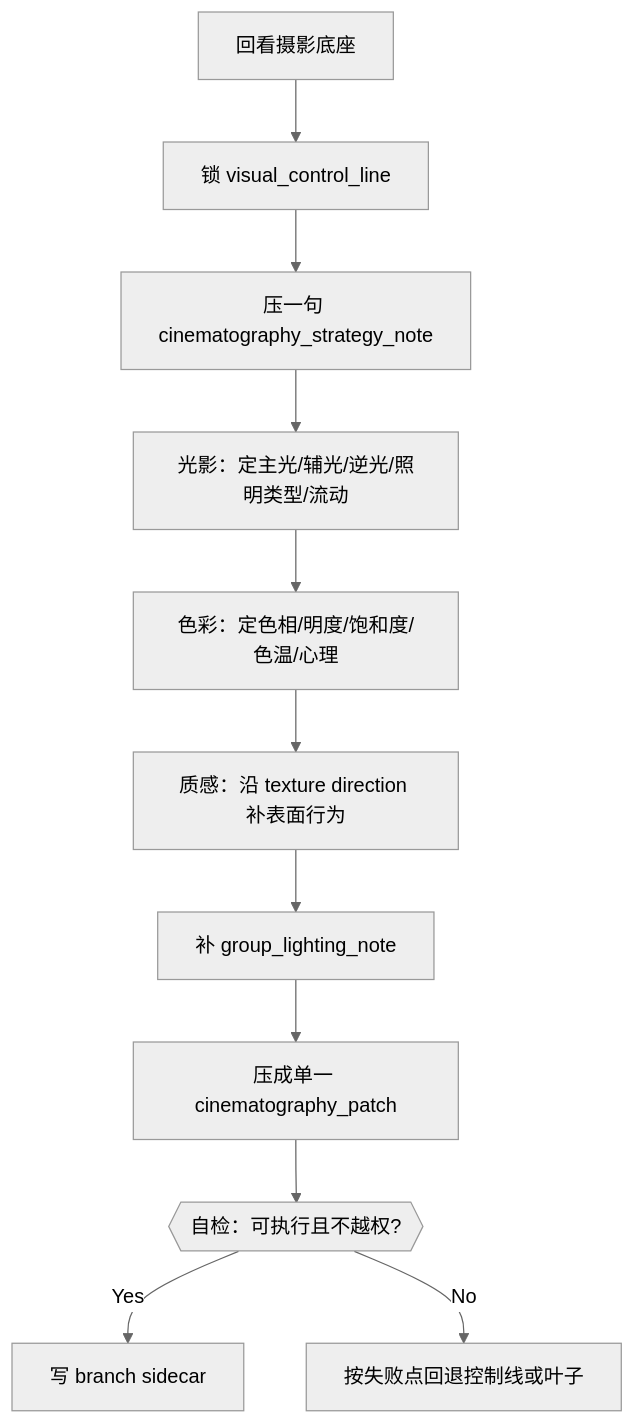
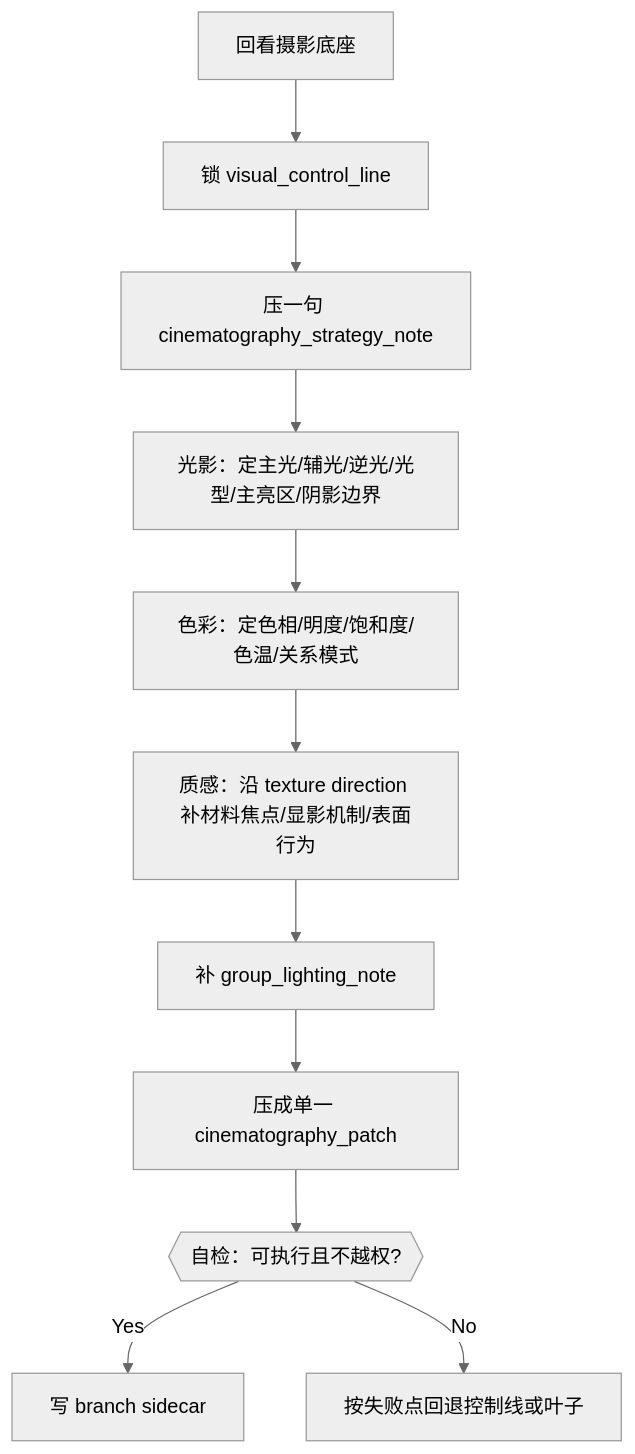
The first of 2 diagrams in .agents/skills/aigc/3-Detail/2-镜花/2-摄影美学/module-guide.md (ZEN-VOID/AI-CUT), drawn with Mermaid (neutral theme) before and after one commit. The commit also changed other lines of this file and 291 other files, not shown here.

````diff
--- a/.agents/skills/aigc/3-Detail/2-镜花/2-摄影美学/module-guide.md
+++ b/.agents/skills/aigc/3-Detail/2-镜花/2-摄影美学/module-guide.md
@@ -27,13 +45,13 @@
 ```mermaid
 flowchart TD
     A["回看摄影底座"] --> B["锁 visual_control_line"]
     B --> C["压一句 cinematography_strategy_note"]
-    C --> D["光影：定主光/辅光/逆光/照明类型/流动"]
-    D --> E["色彩：定色相/明度/饱和度/色温/心理"]
-    E --> F["质感：沿 texture direction 补表面行为"]
+    C --> D["光影：定主光/辅光/逆光/光型/主亮区/阴影边界"]
+    D --> E["色彩：定色相/明度/饱和度/色温/关系模式"]
+    E --> F["质感：沿 texture direction 补材料焦点/显影机制/表面行为"]
     F --> G["补 group_lighting_note"]
     G --> H["压成单一 cinematography_patch"]
     H --> I{{"自检：可执行且不越权?"}}
     I -->|"Yes"| J["写 branch sidecar"]
     I -->|"No"| K["按失败点回退控制线或叶子"]
 ```
````
